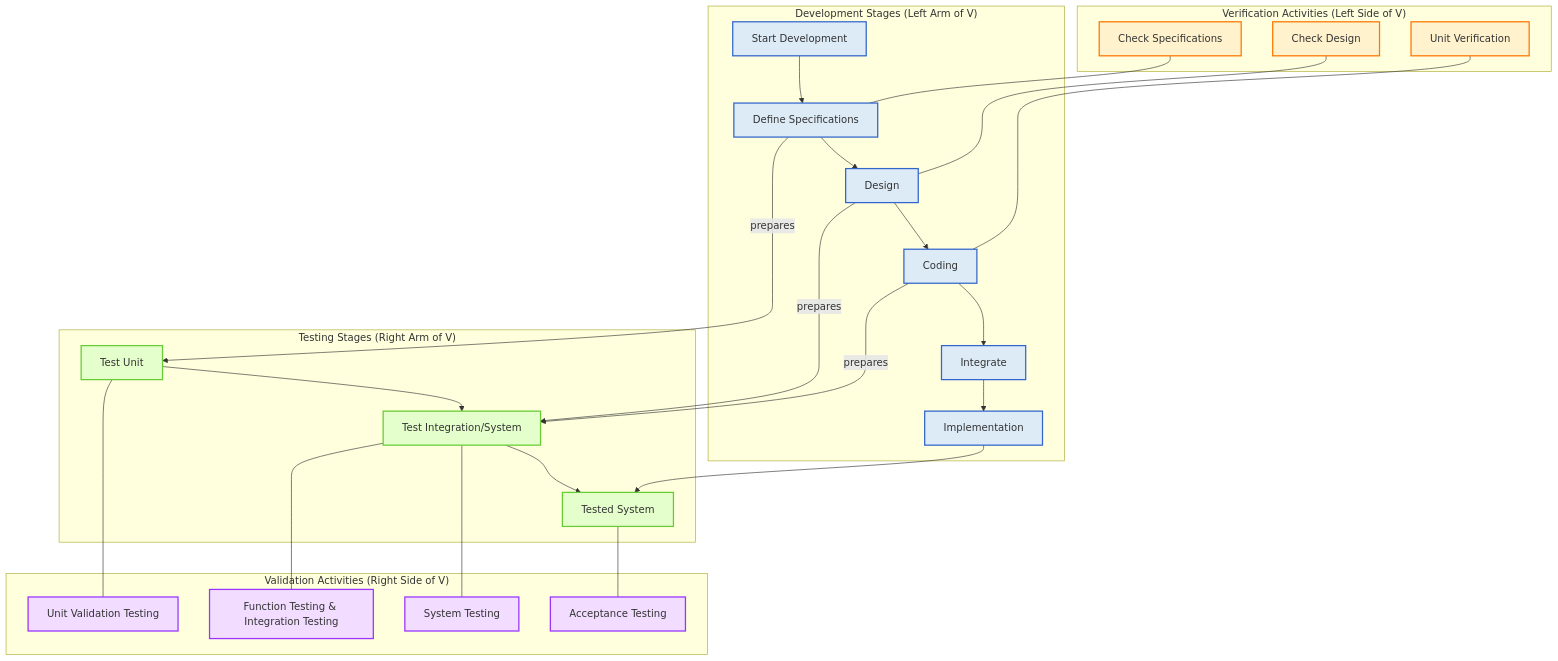
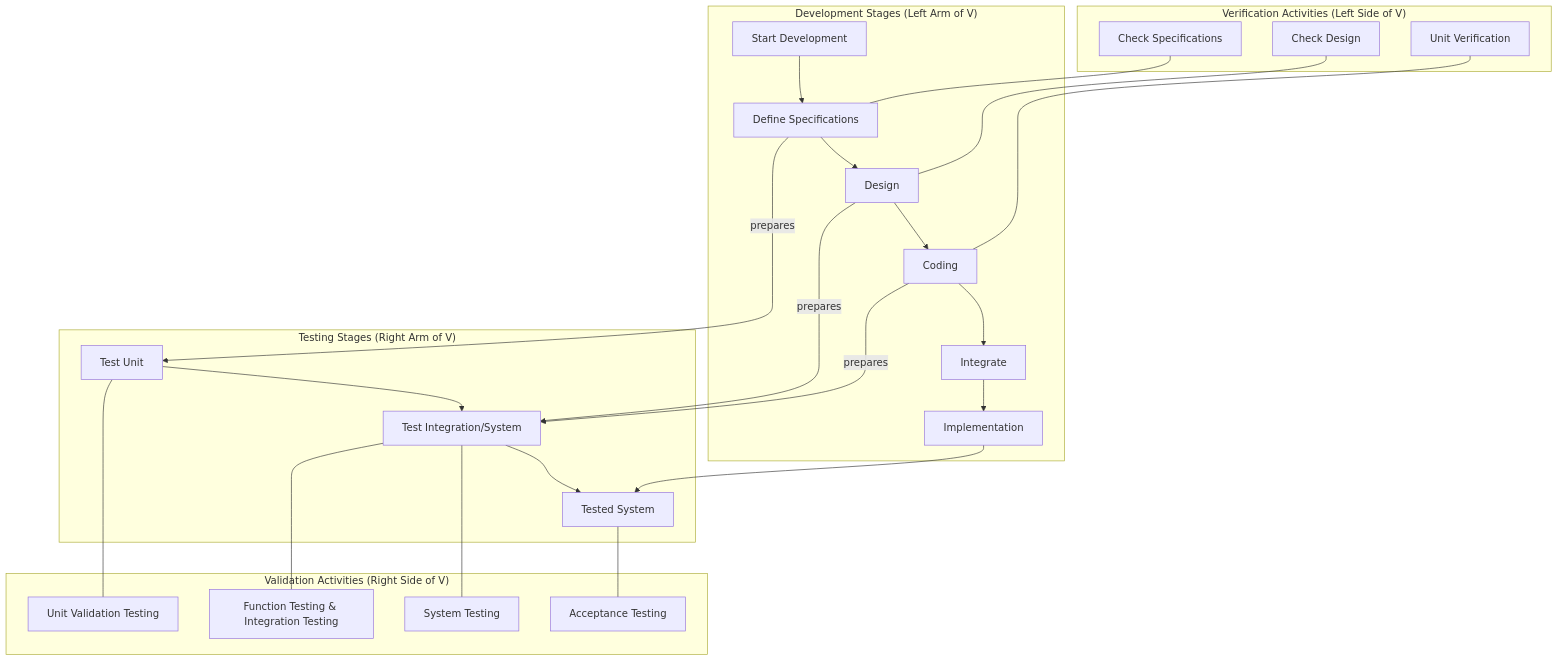
One commit to roroRathod/Sem7 changed the fourth of 6 diagrams in STQA/Mod 1.1 - Goals and Model for Software Testing, Software Testing Terminology and Methodology, Software Testing Life Cycle (STLC).md. Above: the diagram before and after it, drawn with Mermaid. The commit also changed other lines of this file, not shown here.

First line of the commit message:
Remove styling for testing and verification activities

````diff
--- a/STQA/Mod 1.1 - Goals and Model for Software Testing, Software Testing Terminology and Methodology, Software Testing Life Cycle (STLC).md
+++ b/STQA/Mod 1.1 - Goals and Model for Software Testing, Software Testing Terminology and Methodology, Software Testing Life Cycle (STLC).md
@@ -287,63 +274,38 @@
 ```mermaid
 graph TD
     %% Development side (Left Arm of V)
     subgraph Dev["Development Stages (Left Arm of V)"]
         A[Start Development] --> B[Define Specifications]
         B --> C[Design]
         C --> D[Coding]
         D --> E[Integrate]
         E --> F[Implementation]
     end
 
     %% Testing side (Right Arm of V)
     subgraph Test["Testing Stages (Right Arm of V)"]
         G[Test Unit] --> H[Test Integration/System]
         H --> I[Tested System]
     end
 
     %% Verification side
     subgraph Verif["Verification Activities (Left Side of V)"]
         V1[Check Specifications] --- B
         V2[Check Design] --- C
         V3[Unit Verification] --- D
     end
 
     %% Validation side
     subgraph Valid["Validation Activities (Right Side of V)"]
         G --- Val1[Unit Validation Testing]
         H --- Val2[Function Testing & Integration Testing]
         H --- Val3[System Testing]
         I --- Val4[Acceptance Testing]
     end
 
     %% Cross-links
     B -- prepares --> G
     C -- prepares --> H
     D -- prepares --> H
     F --> I
-
-    %% Styling (Development)
-    style A fill:#DDEBF7,stroke:#36C,stroke-width:2px
-    style B fill:#DDEBF7,stroke:#36C,stroke-width:2px
-    style C fill:#DDEBF7,stroke:#36C,stroke-width:2px
-    style D fill:#DDEBF7,stroke:#36C,stroke-width:2px
-    style E fill:#DDEBF7,stroke:#36C,stroke-width:2px
-    style F fill:#DDEBF7,stroke:#36C,stroke-width:2px
-
-    %% Styling (Testing)
-    style G fill:#E5FFCC,stroke:#6C3,stroke-width:2px
-    style H fill:#E5FFCC,stroke:#6C3,stroke-width:2px
-    style I fill:#E5FFCC,stroke:#6C3,stroke-width:2px
-
-    %% Styling (Verification)
-    style V1 fill:#FFF2CC,stroke:#F70,stroke-width:2px
-    style V2 fill:#FFF2CC,stroke:#F70,stroke-width:2px
-    style V3 fill:#FFF2CC,stroke:#F70,stroke-width:2px
-
-    %% Styling (Validation)
-    style Val1 fill:#F2DCFF,stroke:#93F,stroke-width:2px
-    style Val2 fill:#F2DCFF,stroke:#93F,stroke-width:2px
-    style Val3 fill:#F2DCFF,stroke:#93F,stroke-width:2px
-    style Val4 fill:#F2DCFF,stroke:#93F,stroke-width:2px
-
 ```
````
